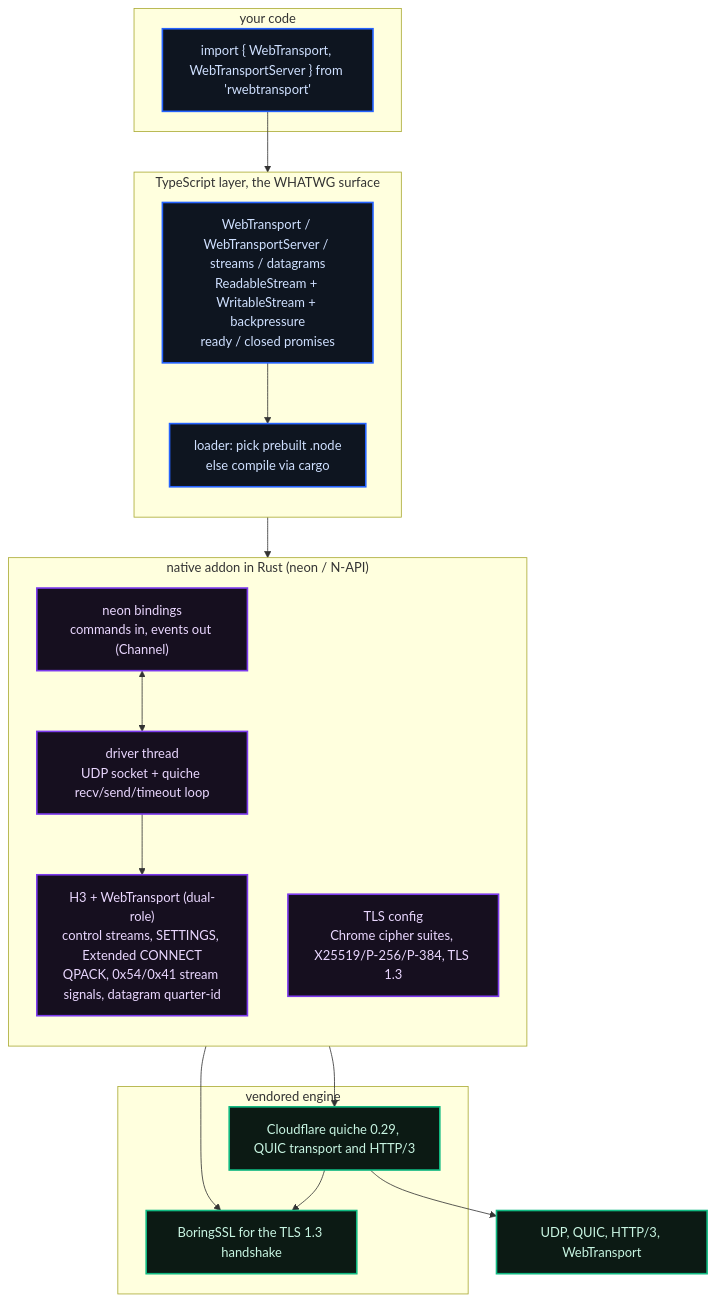
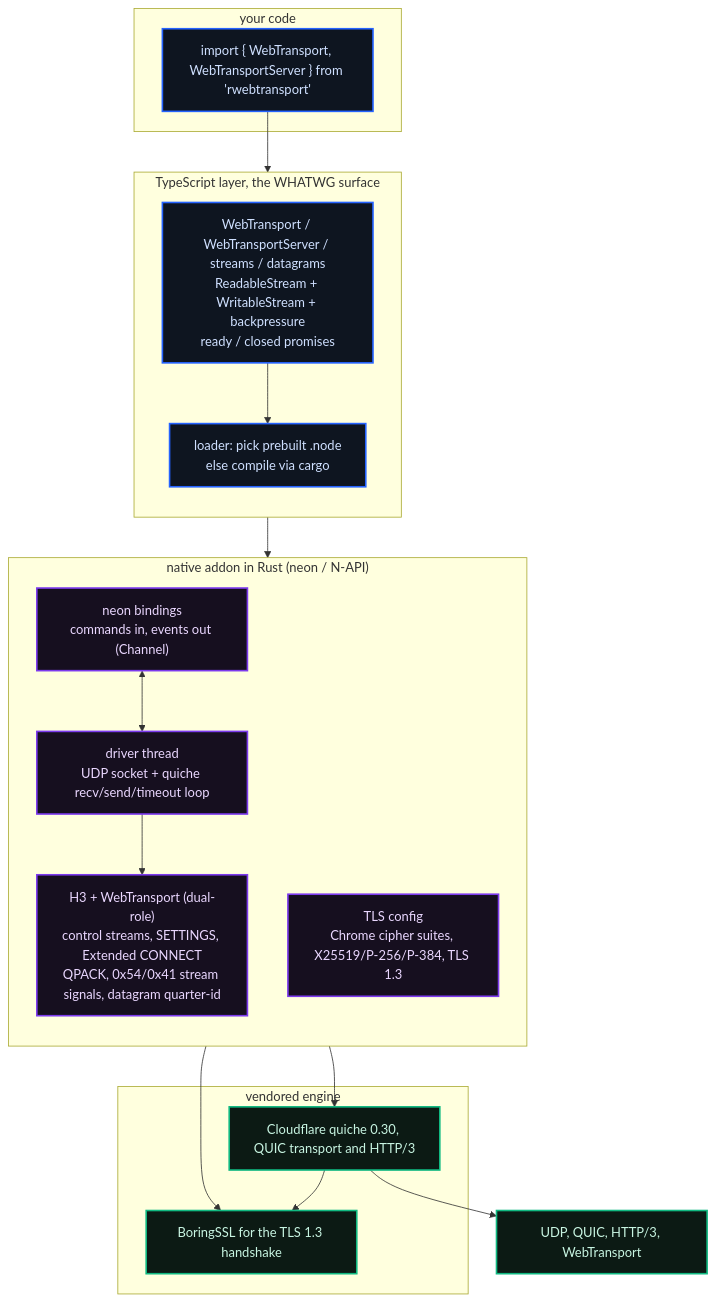
The diagram in README.md (dacely-cloud/rwebtransport), drawn with Mermaid before and after one commit. The commit also changed other lines of this file and 105 other files, not shown here.

Commit message:
Release rwebtransport 0.2.5 with updated WebTransport and QUIC fixes

````diff
--- a/README.md
+++ b/README.md
@@ -451,45 +451,45 @@
 ```mermaid
 flowchart TB
     classDef js fill:#0e1520,stroke:#2563ff,stroke-width:2px,color:#cfe0ff;
     classDef rust fill:#160f1f,stroke:#7c3aed,stroke-width:2px,color:#ead7ff;
     classDef net fill:#0c1a14,stroke:#10b981,stroke-width:2px,color:#c8f5e2;
 
     subgraph APP["your code"]
       YOU["import { WebTransport, WebTransportServer } from 'rwebtransport'"]
     end
 
     subgraph TS["TypeScript layer, the WHATWG surface"]
       direction TB
       WTAPI["WebTransport / WebTransportServer / streams / datagrams<br/>ReadableStream + WritableStream + backpressure<br/>ready / closed promises"]
       LOADER["loader: pick prebuilt .node<br/>else compile via cargo"]
     end
 
     subgraph NATIVE["native addon in Rust (neon / N-API)"]
       direction TB
       BIND["neon bindings<br/>commands in, events out (Channel)"]
       DRIVER["driver thread<br/>UDP socket + quiche recv/send/timeout loop"]
       H3WT["H3 + WebTransport (dual-role)<br/>control streams, SETTINGS, Extended CONNECT<br/>QPACK, 0x54/0x41 stream signals, datagram quarter-id"]
       TLS["TLS config<br/>Chrome cipher suites, X25519/P-256/P-384, TLS 1.3"]
     end
 
     subgraph ENGINE["vendored engine"]
-      QUICHE["Cloudflare quiche 0.29, QUIC transport and HTTP/3"]
+      QUICHE["Cloudflare quiche 0.30, QUIC transport and HTTP/3"]
       BSSL["BoringSSL for the TLS 1.3 handshake"]
     end
 
     WIRE["UDP, QUIC, HTTP/3, WebTransport"]
 
     YOU --> WTAPI
     WTAPI --> LOADER
     LOADER --> BIND
     BIND <--> DRIVER
     DRIVER --> H3WT
     H3WT --> QUICHE
     TLS --> BSSL
     QUICHE --> BSSL
     QUICHE --> WIRE
 
     class YOU,WTAPI,LOADER js;
     class BIND,DRIVER,H3WT,TLS rust;
     class QUICHE,BSSL,WIRE net;
 ```
````
